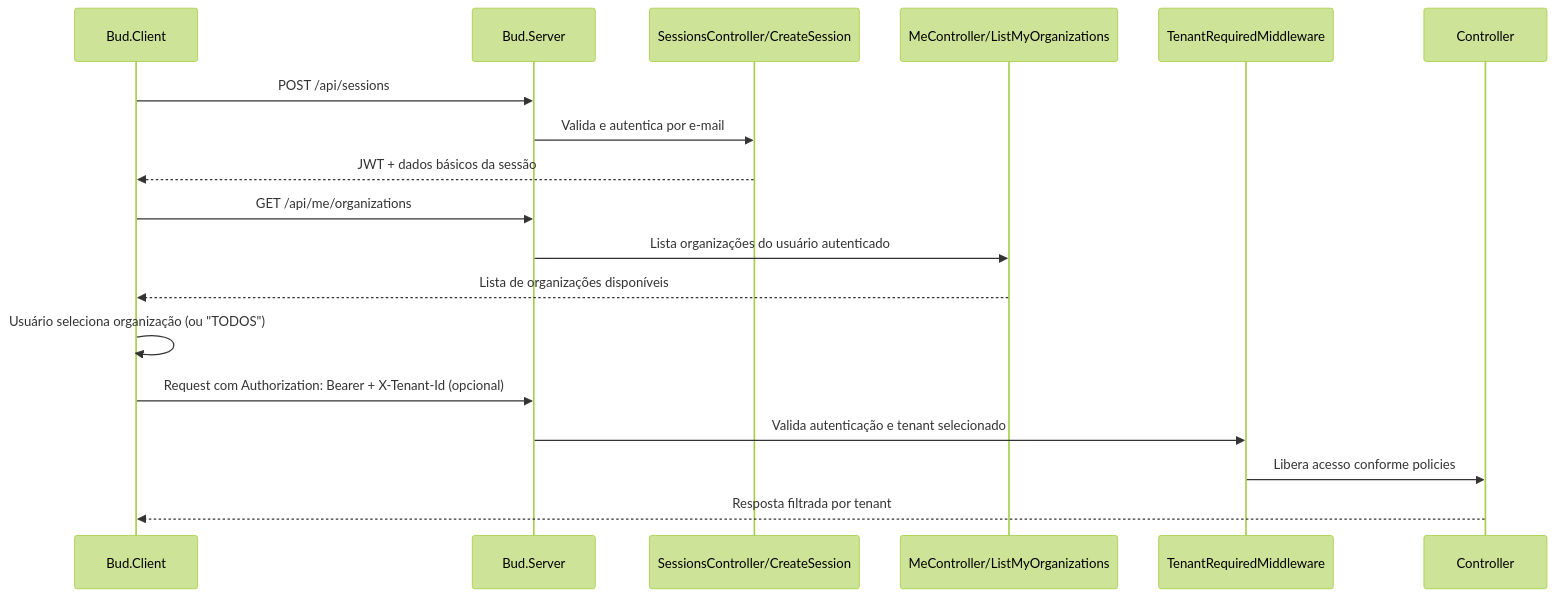
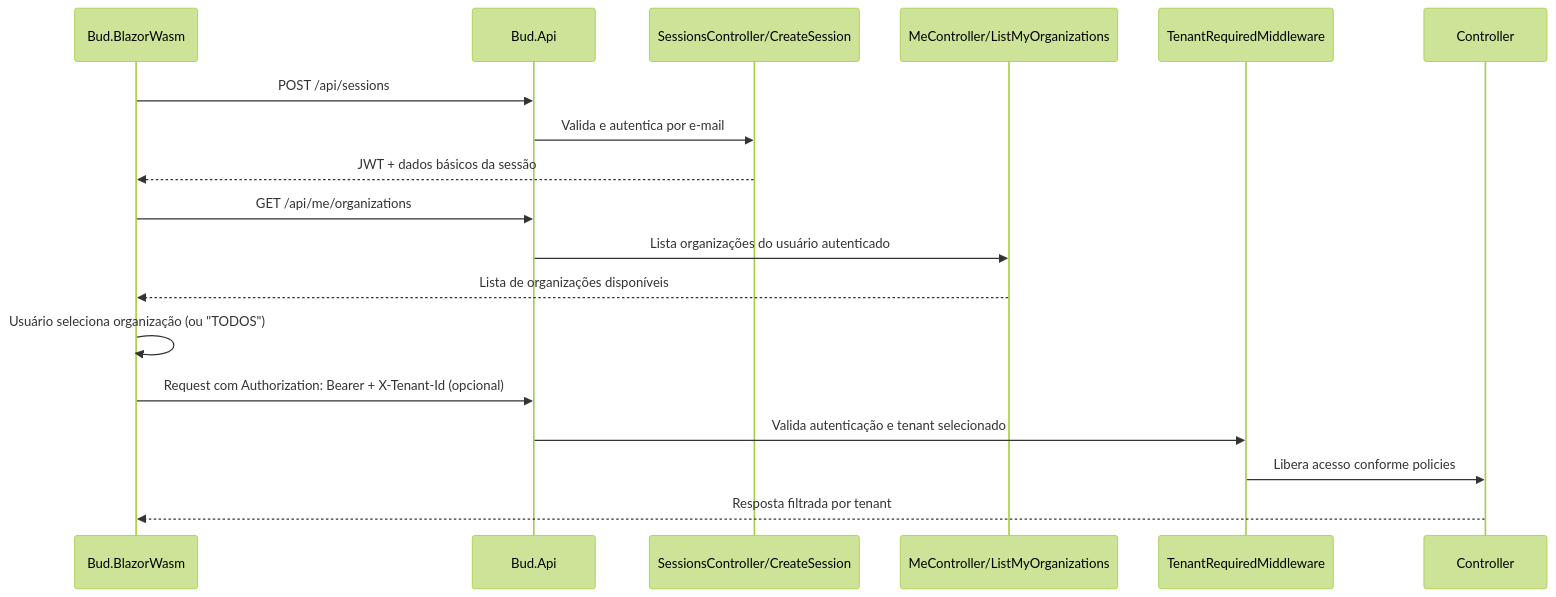
Before and after one commit to dsbraz/bud: the fifth of 11 diagrams in README.md, drawn with Mermaid (forest theme). The commit also changed other lines of this file and 1152 other files, not shown here.

````diff
--- a/README.md
+++ b/README.md
@@ -340,23 +339,23 @@
 ```mermaid
 sequenceDiagram
-    participant UI as Bud.Client
-    participant API as Bud.Server
+    participant UI as Bud.BlazorWasm
+    participant API as Bud.Api
     participant SESS as SessionsController/CreateSession
     participant ME as MeController/ListMyOrganizations
     participant TENANT as TenantRequiredMiddleware
     participant CTRL as Controller
 
     UI->>API: POST /api/sessions
     API->>SESS: Valida e autentica por e-mail
     SESS-->>UI: JWT + dados básicos da sessão
 
     UI->>API: GET /api/me/organizations
     API->>ME: Lista organizações do usuário autenticado
     ME-->>UI: Lista de organizações disponíveis
 
     UI->>UI: Usuário seleciona organização (ou "TODOS")
     UI->>API: Request com Authorization: Bearer + X-Tenant-Id (opcional)
     API->>TENANT: Valida autenticação e tenant selecionado
     TENANT->>CTRL: Libera acesso conforme policies
     CTRL-->>UI: Resposta filtrada por tenant
 ```
````
